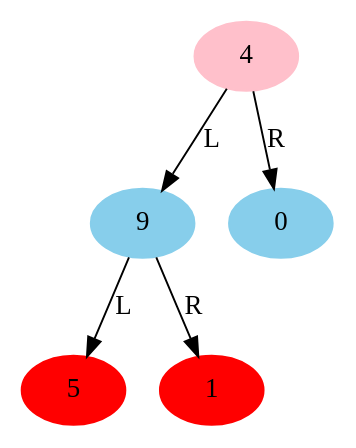
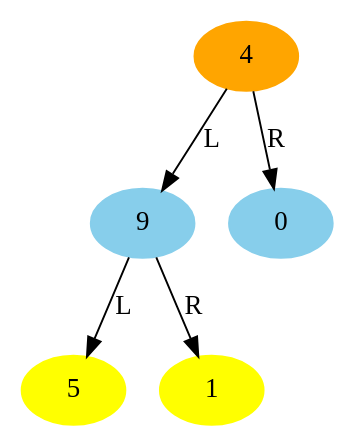
One commit to Batman001/leetcode_in_python changed the diagram in btree/output/tree_.gv. Above: the diagram before and after it, drawn with Graphviz. The commit also changed 11 other files, not shown here.

```diff
--- a/btree/output/tree_.gv
+++ b/btree/output/tree_.gv
@@ -1,12 +1,12 @@
 // Binary Tree
 digraph {
-	"ebb9b768-2139-11ea-abcc-4074e04adad9" [label=4 color=pink style=filled]
-	"ebb9b769-2139-11ea-9e2f-4074e04adad9" [label=9 color=skyblue style=filled]
-	"ebb9b768-2139-11ea-abcc-4074e04adad9" -> "ebb9b769-2139-11ea-9e2f-4074e04adad9" [label=L]
-	"ebb9b76a-2139-11ea-9ff8-4074e04adad9" [label=5 color=red style=filled]
-	"ebb9b769-2139-11ea-9e2f-4074e04adad9" -> "ebb9b76a-2139-11ea-9ff8-4074e04adad9" [label=L]
-	"ebb9b76b-2139-11ea-ba6e-4074e04adad9" [label=1 color=red style=filled]
-	"ebb9b769-2139-11ea-9e2f-4074e04adad9" -> "ebb9b76b-2139-11ea-ba6e-4074e04adad9" [label=R]
-	"ebb9b76c-2139-11ea-93d5-4074e04adad9" [label=0 color=skyblue style=filled]
-	"ebb9b768-2139-11ea-abcc-4074e04adad9" -> "ebb9b76c-2139-11ea-93d5-4074e04adad9" [label=R]
+	"4f0aefb4-a1aa-11eb-b4b0-1e00da1ed869" [label=4 color=orange style=filled]
+	"4f0af5a4-a1aa-11eb-b4b0-1e00da1ed869" [label=9 color=skyblue style=filled]
+	"4f0aefb4-a1aa-11eb-b4b0-1e00da1ed869" -> "4f0af5a4-a1aa-11eb-b4b0-1e00da1ed869" [label=L]
+	"4f0af6d0-a1aa-11eb-b4b0-1e00da1ed869" [label=5 color=yellow style=filled]
+	"4f0af5a4-a1aa-11eb-b4b0-1e00da1ed869" -> "4f0af6d0-a1aa-11eb-b4b0-1e00da1ed869" [label=L]
+	"4f0af798-a1aa-11eb-b4b0-1e00da1ed869" [label=1 color=yellow style=filled]
+	"4f0af5a4-a1aa-11eb-b4b0-1e00da1ed869" -> "4f0af798-a1aa-11eb-b4b0-1e00da1ed869" [label=R]
+	"4f0af860-a1aa-11eb-b4b0-1e00da1ed869" [label=0 color=skyblue style=filled]
+	"4f0aefb4-a1aa-11eb-b4b0-1e00da1ed869" -> "4f0af860-a1aa-11eb-b4b0-1e00da1ed869" [label=R]
 }
```
